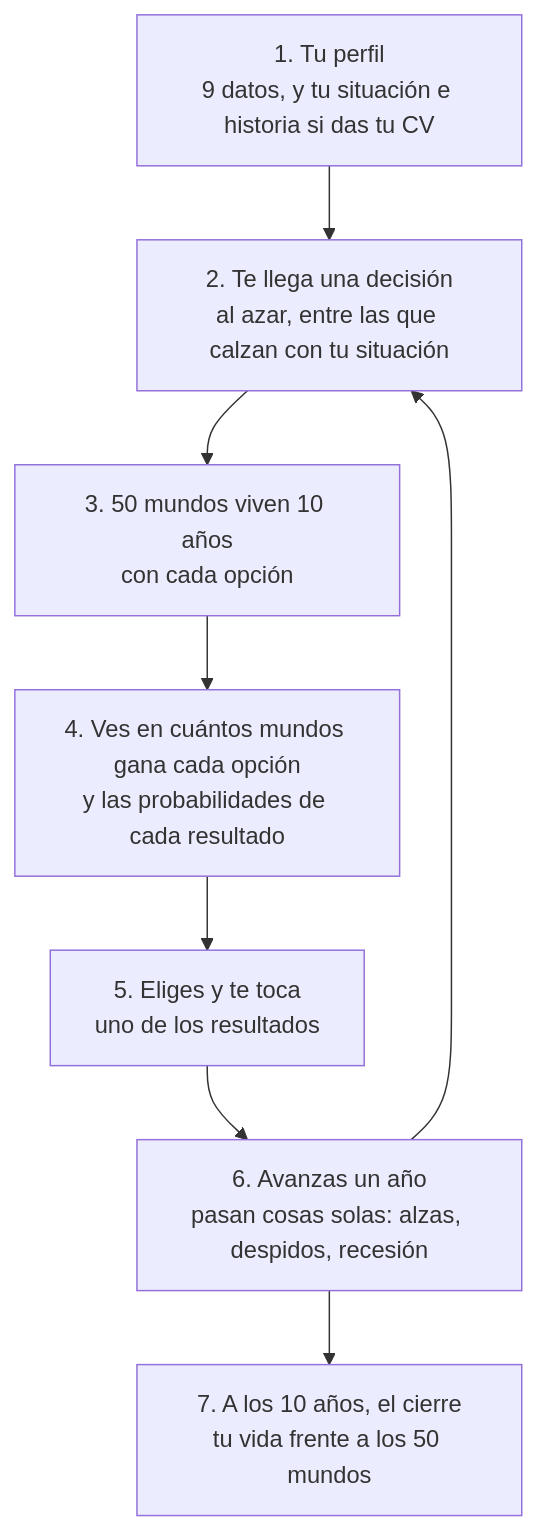
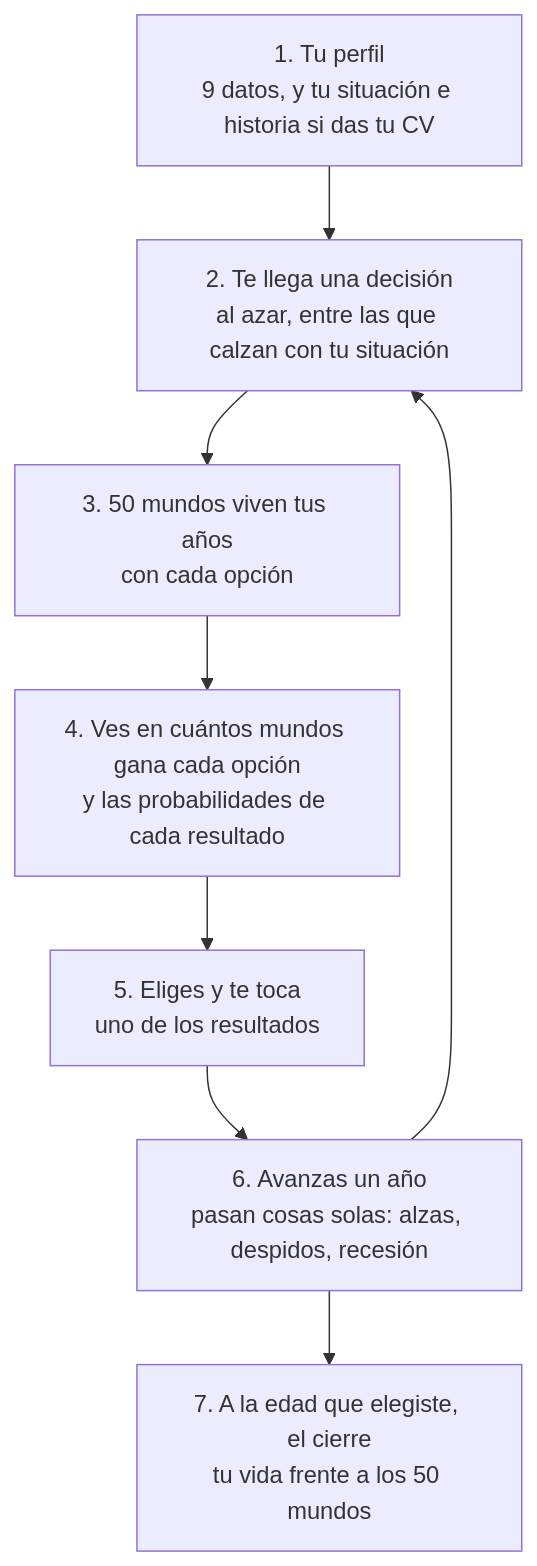
One commit to benitopalaciosm/biforkstrange changed the diagram in docs/COMO-FUNCIONA.md. Above: the diagram before and after it, drawn with Mermaid. The commit also changed other lines of this file and 1 other file, not shown here.

First line of the commit message:
Glosario y guía: cuándo decir dado, suerte y sorteo, sin trabajo cuenta $0 y los años reales de la partida

````diff
--- a/docs/COMO-FUNCIONA.md
+++ b/docs/COMO-FUNCIONA.md
@@ -24,10 +24,10 @@
 ```mermaid
 flowchart TD
     A["1. Tu perfil<br/>9 datos, y tu situación e historia si das tu CV"] --> B["2. Te llega una decisión<br/>al azar, entre las que calzan con tu situación"]
-    B --> C["3. 50 mundos viven 10 años<br/>con cada opción"]
+    B --> C["3. 50 mundos viven tus años<br/>con cada opción"]
     C --> D["4. Ves en cuántos mundos gana cada opción<br/>y las probabilidades de cada resultado"]
     D --> E["5. Eliges y te toca<br/>uno de los resultados"]
     E --> F["6. Avanzas un año<br/>pasan cosas solas: alzas, despidos, recesión"]
     F --> B
-    F --> G["7. A los 10 años, el cierre<br/>tu vida frente a los 50 mundos"]
+    F --> G["7. A la edad que elegiste, el cierre<br/>tu vida frente a los 50 mundos"]
 ```
````
